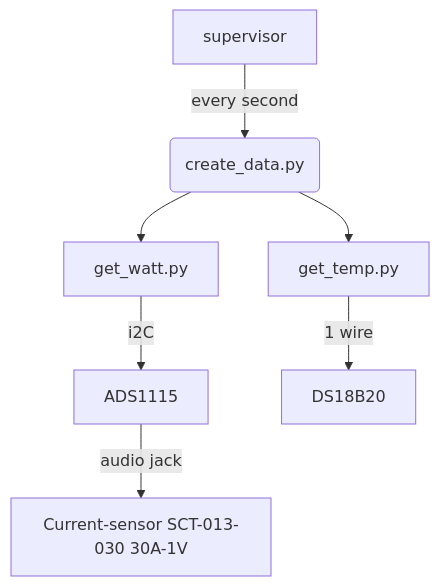
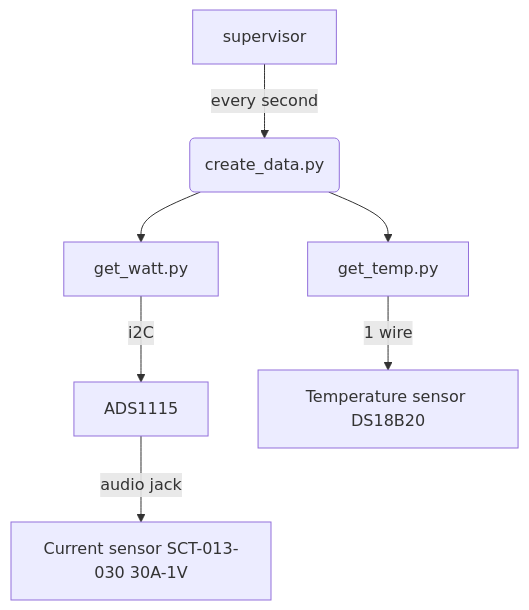
The diagram in software.md (cheperboy/wiki), drawn with Mermaid before and after one commit. The commit also changed other lines of this file, not shown here.

Commit message:
software.md updated from https://stackedit.io/

````diff
--- a/software.md
+++ b/software.md
@@ -34,11 +34,11 @@
 ```mermaid
 graph TD
 A[supervisor] -->|every second| B(create_data.py)
 B --> C[get_watt.py]
 C --> |i2C| E[ADS1115]
-E --> |audio jack| F[Current-sensor SCT-013-030 30A-1V]
+E --> |audio jack| F[Current sensor SCT-013-030 30A-1V]
 B --> G[get_temp.py]
-G --> |1 wire| H[DS18B20]
+G --> |1 wire| H[Temperature sensor DS18B20]
 
 
 ```
````
